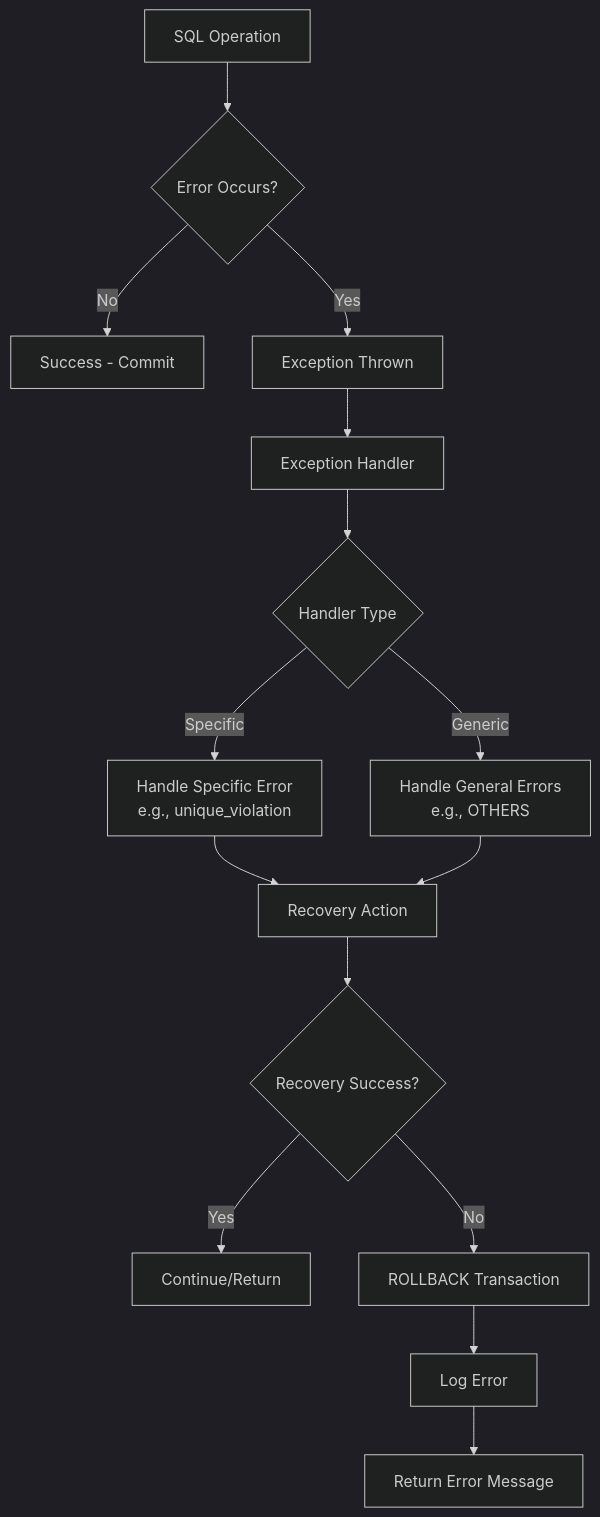
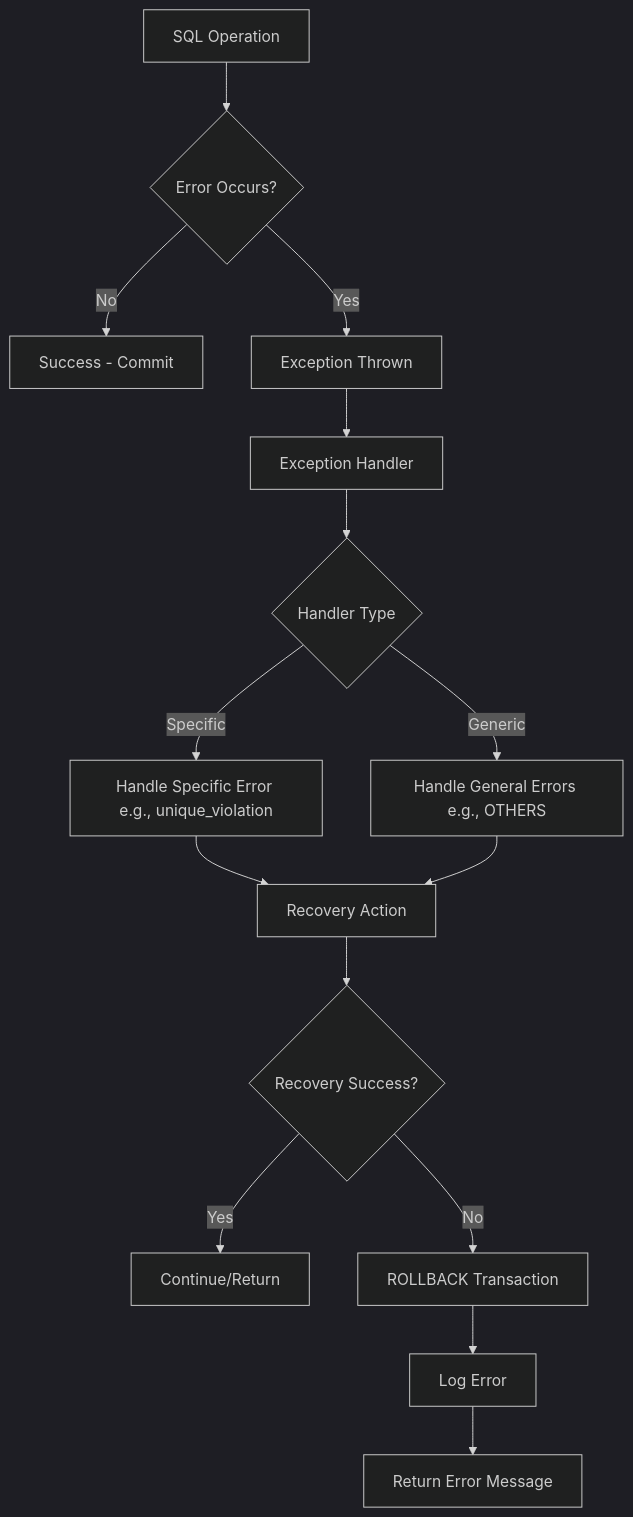
Before and after one commit to basharArif/sql-learning-path: the first of 2 diagrams in practical/1-error-handling-and-exceptions.md, drawn with Mermaid (dark theme). The commit also changed 12 other files, not shown here.

Commit message:
Fix Mermaid diagrams in remaining files: Replace \n with spaces for proper rendering

````diff
--- a/practical/1-error-handling-and-exceptions.md
+++ b/practical/1-error-handling-and-exceptions.md
@@ -33,17 +33,17 @@
 ```mermaid
 graph TD
     A[SQL Operation] --> B{Error Occurs?}
     B -->|No| C[Success - Commit]
     B -->|Yes| D[Exception Thrown]
     D --> E[Exception Handler]
     E --> F{Handler Type}
-    F -->|Specific| G[Handle Specific Error\ne.g., unique_violation]
-    F -->|Generic| H[Handle General Errors\ne.g., OTHERS]
+    F -->|Specific| G[Handle Specific Error e.g., unique_violation]
+    F -->|Generic| H[Handle General Errors e.g., OTHERS]
     G --> I[Recovery Action]
     H --> I
     I --> J{Recovery Success?}
     J -->|Yes| K[Continue/Return]
     J -->|No| L[ROLLBACK Transaction]
     L --> M[Log Error]
     M --> N[Return Error Message]
 ```
````
